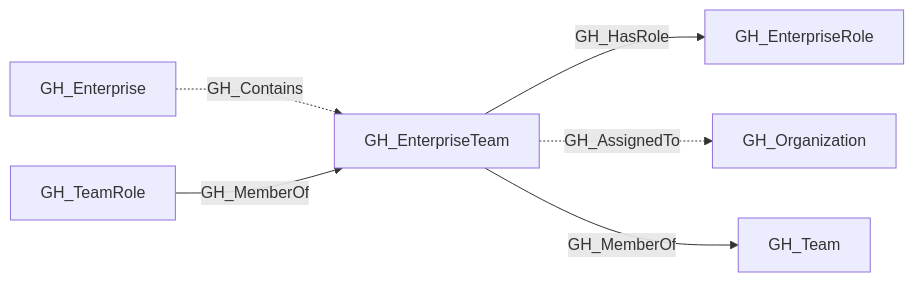
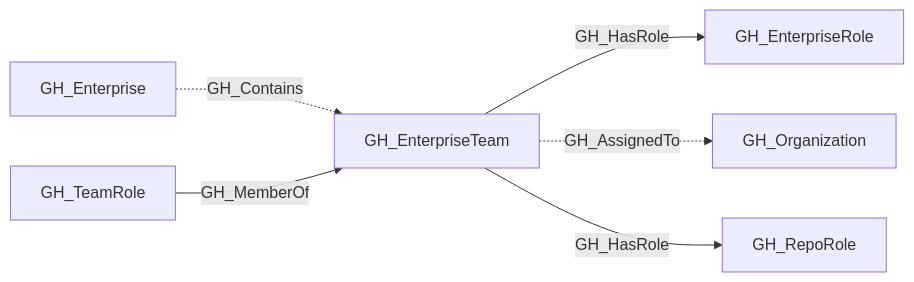
Before and after one commit to SpecterOps/openhound-github: the diagram in descriptions/nodes/GH_EnterpriseTeam.md, drawn with Mermaid. The commit also changed other lines of this file and 27 other files, not shown here.

````diff
--- a/descriptions/nodes/GH_EnterpriseTeam.md
+++ b/descriptions/nodes/GH_EnterpriseTeam.md
@@ -31,14 +31,14 @@
 ```mermaid
 graph LR
     n0["GH_Enterprise"]
     n1["GH_EnterpriseTeam"]
     n2["GH_EnterpriseRole"]
     n3["GH_Organization"]
-    n4["GH_Team"]
+    n4["GH_RepoRole"]
     n5["GH_TeamRole"]
     n0 -.->|GH_Contains| n1
     n1 -->|GH_HasRole| n2
     n1 -.->|GH_AssignedTo| n3
-    n1 -->|GH_MemberOf| n4
+    n1 -->|GH_HasRole| n4
     n5 -->|GH_MemberOf| n1
 ```
````
